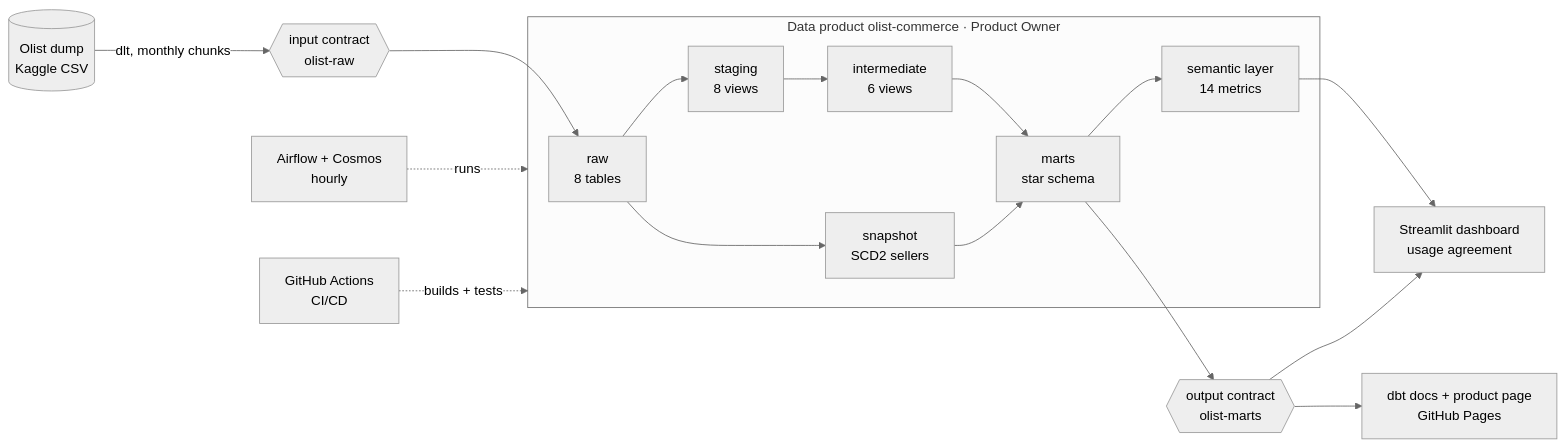
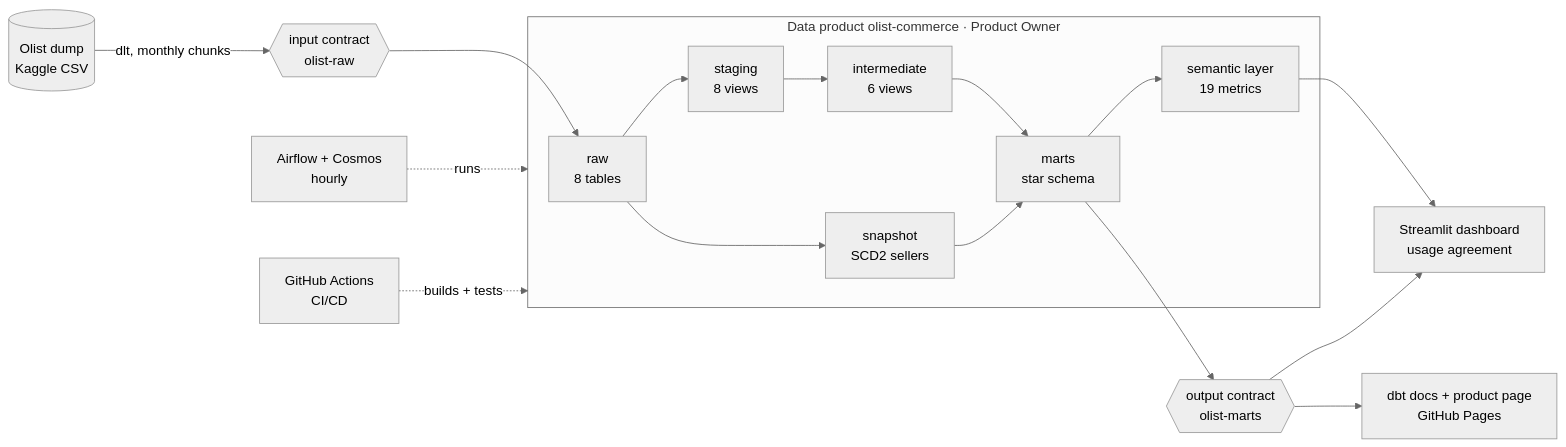
The first of 4 diagrams in README.md (ShuCiG/olist-analytics-dbt), drawn with Mermaid (neutral theme) before and after one commit. The commit also changed other lines of this file and 10 other files, not shown here.

First line of the commit message:
feat: semantic layer on the inline YAML spec, fct_orders unversioned (D99)

````diff
--- a/README.md
+++ b/README.md
@@ -82,19 +82,19 @@
 ```mermaid
 flowchart LR
     kaggle[(Olist dump<br/>Kaggle CSV)] -->|dlt, monthly chunks| ic{{input contract<br/>olist-raw}}
     ic --> raw
 
     subgraph product[Data product olist-commerce · Product Owner]
         raw[raw<br/>8 tables] --> staging[staging<br/>8 views] --> intermediate[intermediate<br/>6 views] --> marts[marts<br/>star schema]
-        marts --> metrics[semantic layer<br/>14 metrics]
+        marts --> metrics[semantic layer<br/>19 metrics]
         raw --> snap[snapshot<br/>SCD2 sellers] --> marts
     end
 
     marts --> oc{{output contract<br/>olist-marts}}
     oc --> dash[Streamlit dashboard<br/>usage agreement]
     metrics --> dash
     oc --> docs[dbt docs + product page<br/>GitHub Pages]
 
     airflow[Airflow + Cosmos<br/>hourly] -. runs .-> product
     ci[GitHub Actions<br/>CI/CD] -. builds + tests .-> product
 ```
````
